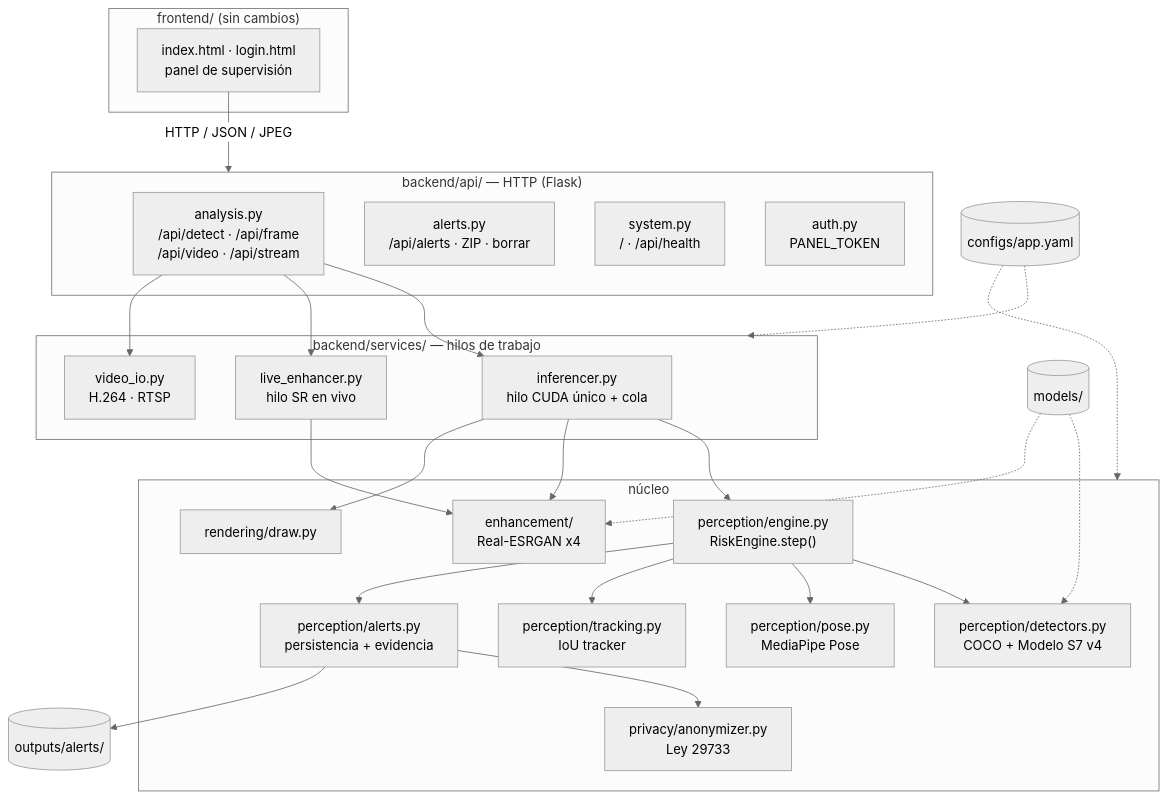
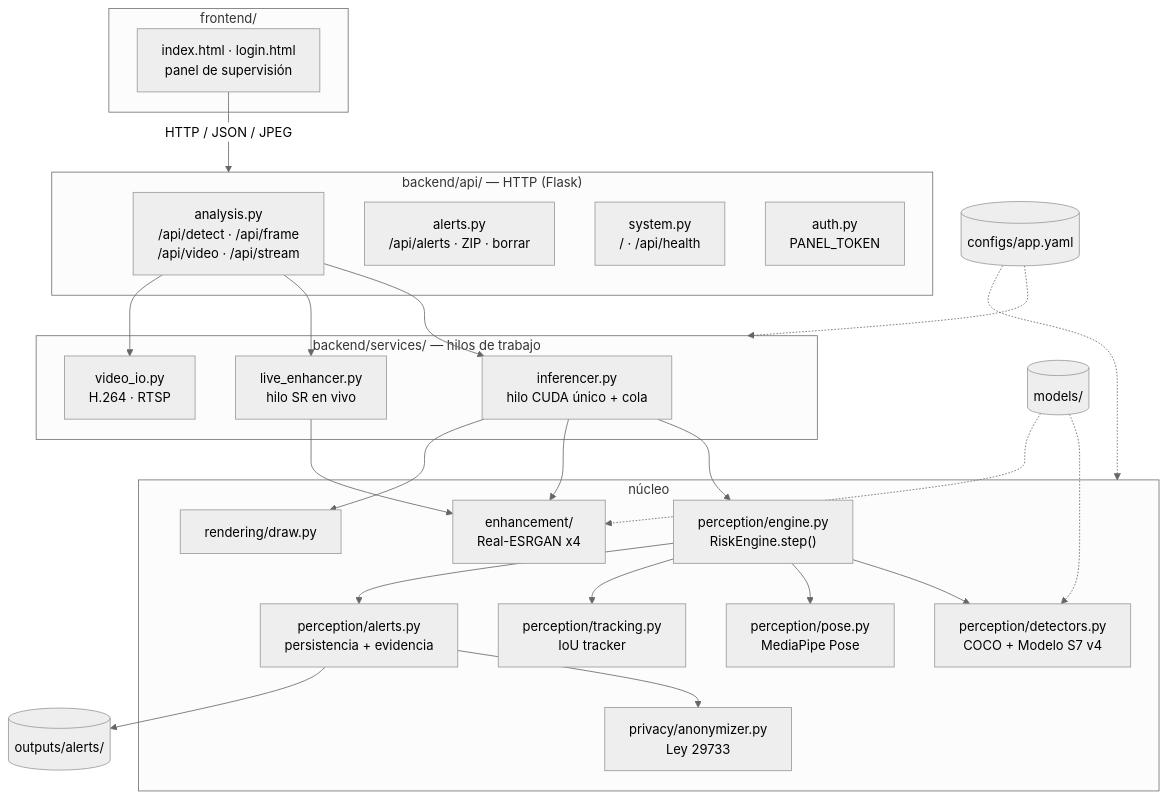
The first of 2 diagrams in README.md (AndyHHR1/Video-G-G), drawn with Mermaid (neutral theme) before and after one commit. The commit also changed other lines of this file and 9 other files, not shown here.

````diff
--- a/README.md
+++ b/README.md
@@ -192,40 +192,40 @@
 ```mermaid
 flowchart TB
-    subgraph FE["frontend/  (sin cambios)"]
+    subgraph FE["frontend/"]
         UI["index.html · login.html<br/>panel de supervisión"]
     end
     subgraph API["backend/api/  — HTTP (Flask)"]
         AN["analysis.py<br/>/api/detect · /api/frame<br/>/api/video · /api/stream"]
         AL["alerts.py<br/>/api/alerts · ZIP · borrar"]
         SY["system.py<br/>/ · /api/health"]
         AU["auth.py<br/>PANEL_TOKEN"]
     end
     subgraph SV["backend/services/  — hilos de trabajo"]
         INF["inferencer.py<br/>hilo CUDA único + cola"]
         LE["live_enhancer.py<br/>hilo SR en vivo"]
         VIO["video_io.py<br/>H.264 · RTSP"]
     end
     subgraph CORE["núcleo"]
         ENG["perception/engine.py<br/>RiskEngine.step()"]
         DET["perception/detectors.py<br/>COCO + Modelo S7 v4"]
         POSE["perception/pose.py<br/>MediaPipe Pose"]
         TRK["perception/tracking.py<br/>IoU tracker"]
         ALM["perception/alerts.py<br/>persistencia + evidencia"]
         SR["enhancement/<br/>Real-ESRGAN x4"]
         PRV["privacy/anonymizer.py<br/>Ley 29733"]
         RND["rendering/draw.py"]
     end
     CFG[("configs/app.yaml")]
     MOD[("models/")]
     OUT[("outputs/alerts/")]
 
     UI -- "HTTP / JSON / JPEG" --> API
     AN --> INF & LE & VIO
     INF --> ENG & SR & RND
     LE --> SR
     ENG --> DET & POSE & TRK & ALM
     ALM --> PRV
     ALM --> OUT
     CFG -.-> SV & CORE
     MOD -.-> DET & SR
 ```
````
